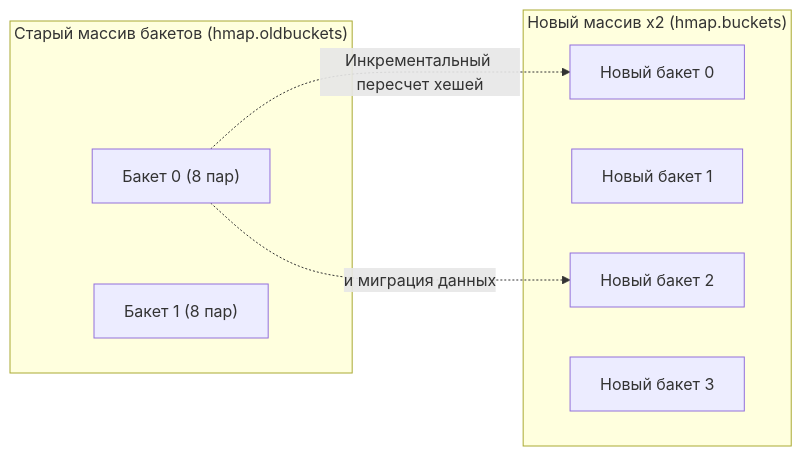
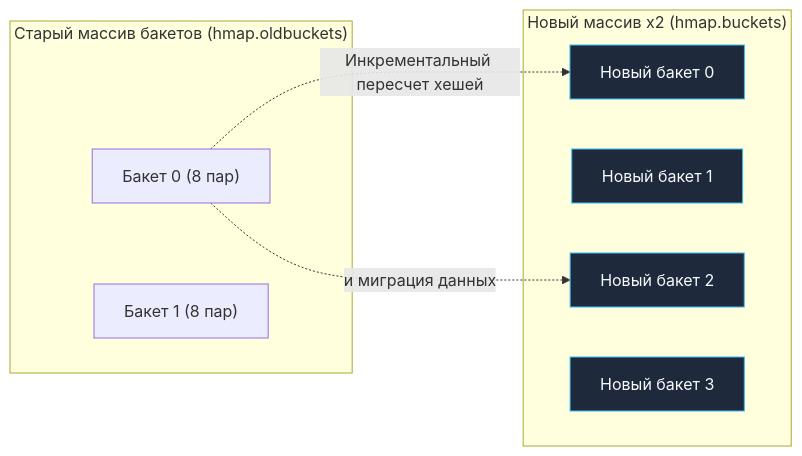
One commit to UnrealTemplier/go-textbook changed the third of 3 diagrams in sources/16. Профилирование, отладка и производительность/09. Практические оптимизации/4. Предвыделение памяти.md. Above: the diagram before and after it, drawn with Mermaid. The commit also changed other lines of this file and 1666 other files, not shown here.

First line of the commit message:
feat(mermaid): add semantic color classDef to 1369 colorless flowchart/graph diagrams

````diff
--- a/sources/16. Профилирование, отладка и производительность/09. Практические оптимизации/4. Предвыделение памяти.md
+++ b/sources/16. Профилирование, отладка и производительность/09. Практические оптимизации/4. Предвыделение памяти.md
@@ -109,17 +129,27 @@
 ```mermaid
 flowchart LR
+    classDef process  fill:#1e293b,stroke:#38bdf8,stroke-width:1px,color:#f8fafc
+    classDef success  fill:#064e3b,stroke:#34d399,stroke-width:1px,color:#f8fafc
+    classDef error    fill:#7f1d1d,stroke:#f87171,stroke-width:1px,color:#f8fafc
+    classDef warning  fill:#78350f,stroke:#fbbf24,stroke-width:1px,color:#f8fafc
+    classDef entry    fill:#1e3a5f,stroke:#38bdf8,stroke-width:2px,color:#f8fafc
+    classDef aux      fill:#334155,stroke:#64748b,stroke-width:1px,color:#f8fafc
+    classDef system   fill:#312e81,stroke:#a78bfa,stroke-width:1px,color:#f8fafc
+    classDef data     fill:#132d29,stroke:#2dd4bf,stroke-width:1px,color:#f8fafc
+    classDef network  fill:#881337,stroke:#fb7185,stroke-width:1px,color:#f8fafc
+    classDef accent   fill:#1e1b4b,stroke:#818cf8,stroke-width:1px,color:#f8fafc
     subgraph OldTable ["Старый массив бакетов (hmap.oldbuckets)"]
         B0["Бакет 0 (8 пар)"]
         B1["Бакет 1 (8 пар)"]
     end
 
     subgraph NewTable ["Новый массив x2 (hmap.buckets)"]
-        NB0["Новый бакет 0"]
-        NB1["Новый бакет 1"]
-        NB2["Новый бакет 2"]
-        NB3["Новый бакет 3"]
+        NB0["Новый бакет 0"]:::process
+        NB1["Новый бакет 1"]:::process
+        NB2["Новый бакет 2"]:::process
+        NB3["Новый бакет 3"]:::process
     end
 
     B0 -.->|"Инкрементальный пересчет хешей"| NB0
     B0 -.->|"и миграция данных"| NB2
 ```
````
